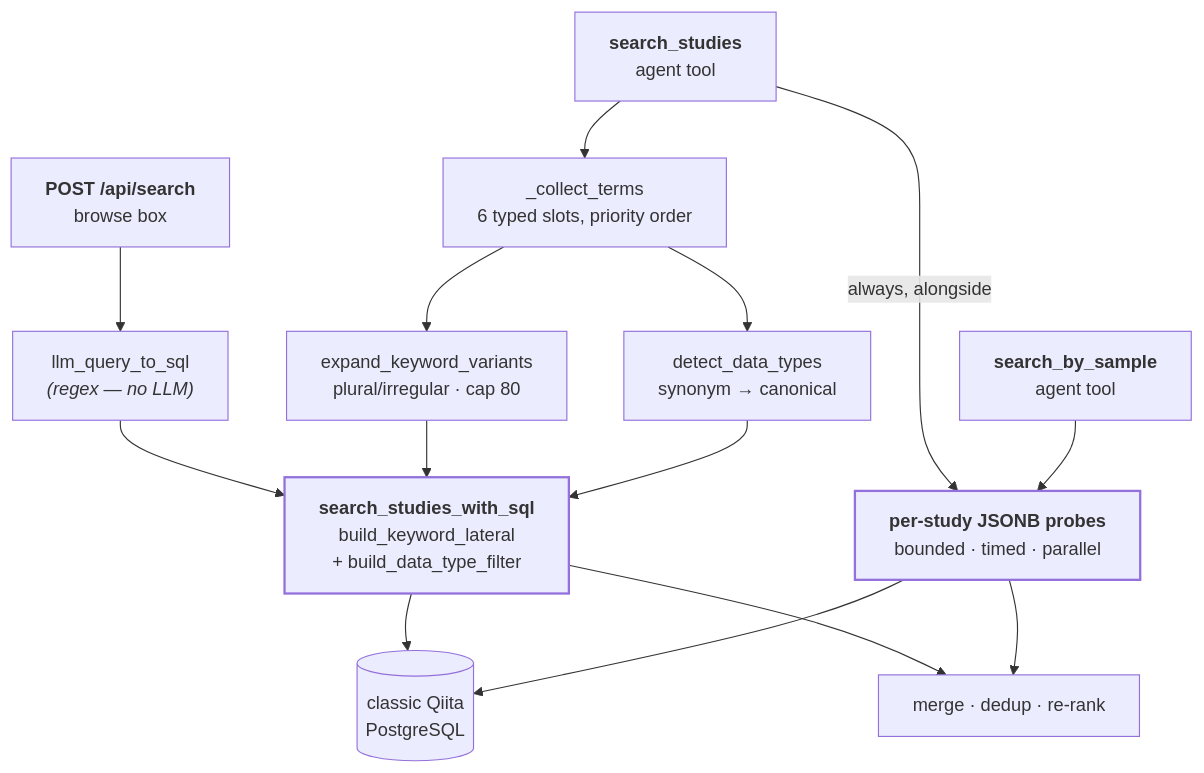
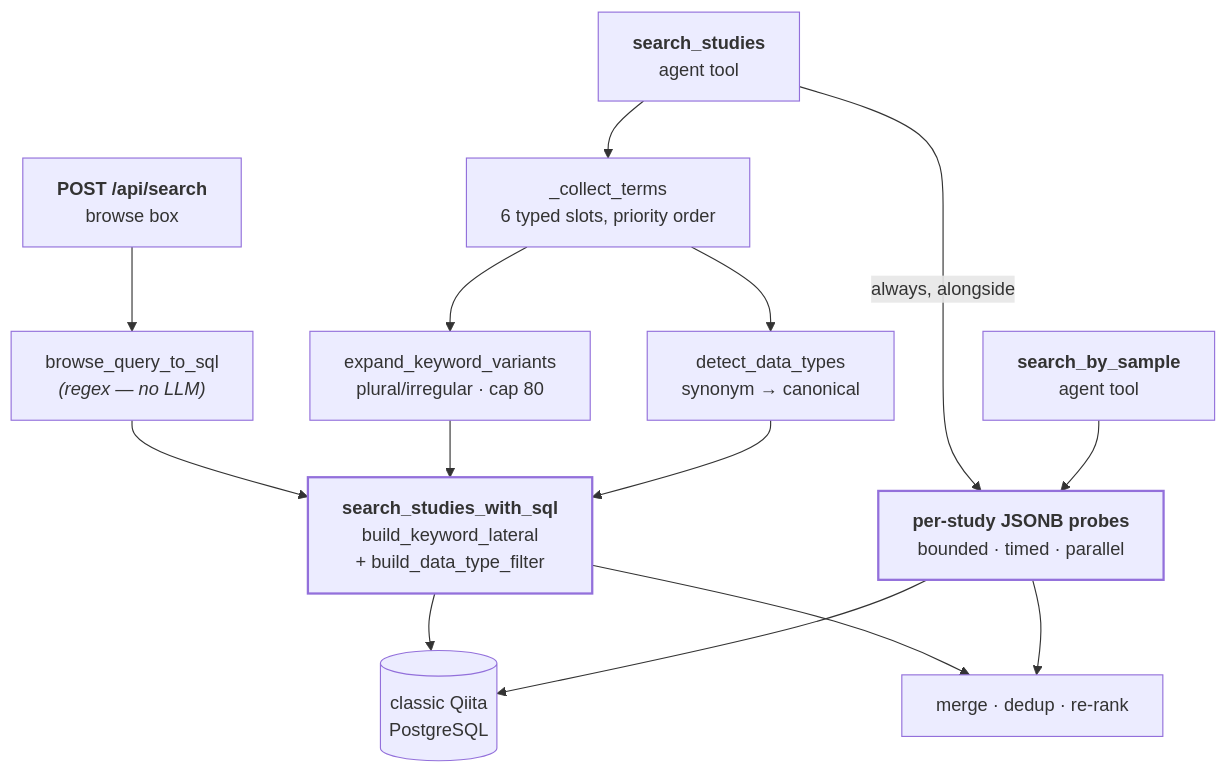
One commit to dhruvviveksharma/QiitaExplore changed the first of 2 diagrams in docs/04-search.md. Above: the diagram before and after it, drawn with Mermaid. The commit also changed other lines of this file and 125 other files, not shown here.

````diff
--- a/docs/04-search.md
+++ b/docs/04-search.md
@@ -27,29 +27,29 @@
 ```mermaid
 flowchart TB
     E1["<b>POST /api/search</b><br/>browse box"]
     E2["<b>search_studies</b><br/>agent tool"]
     E3["<b>search_by_sample</b><br/>agent tool"]
 
-    P1["llm_query_to_sql<br/><i>(regex — no LLM)</i>"]
+    P1["browse_query_to_sql<br/><i>(regex — no LLM)</i>"]
     P2["_collect_terms<br/>6 typed slots, priority order"]
     EX["expand_keyword_variants<br/>plural/irregular · cap 80"]
     DT["detect_data_types<br/>synonym → canonical"]
 
     SQL["<b>search_studies_with_sql</b><br/>build_keyword_lateral<br/>+ build_data_type_filter"]
     PROBE["<b>per-study JSONB probes</b><br/>bounded · timed · parallel"]
     PG[("classic Qiita<br/>PostgreSQL")]
     MERGE["merge · dedup · re-rank"]
 
     E1 --> P1 --> SQL
     E2 --> P2 --> EX --> SQL
     P2 --> DT --> SQL
     E2 -->|always, alongside| PROBE
     E3 --> PROBE
     SQL --> PG
     PROBE --> PG
     SQL --> MERGE
     PROBE --> MERGE
 
     style SQL stroke-width:2px
     style PROBE stroke-width:2px
 ```
````
